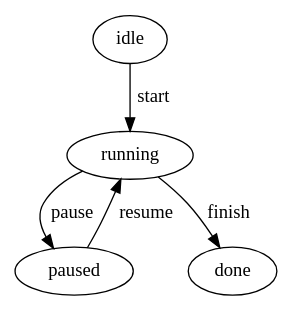
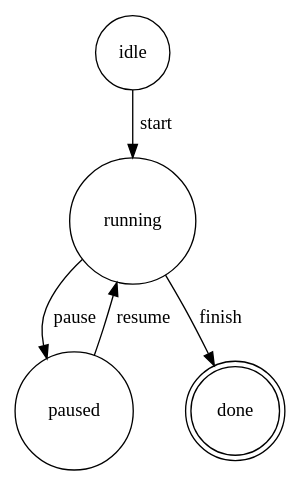
Before and after one commit to xberg-io/test_documents: the diagram in ground_truth/dot/graphviz_states.dot, drawn with Graphviz. The commit also changed 40 other files, not shown here.

First line of the commit message:
feat(diagrams): add vector PDF fixtures and harden geometry variants

```diff
--- a/ground_truth/dot/graphviz_states.dot
+++ b/ground_truth/dot/graphviz_states.dot
@@ -1,10 +1,10 @@
 digraph graphviz_states {
-  "idle" [shape=ellipse fillcolor="#b3de69"];
-  "running" [shape=ellipse fillcolor="#b3de69"];
-  "paused" [shape=ellipse fillcolor="#b3de69"];
-  "done" [shape=ellipse fillcolor="#fb8072"];
+  "idle" [shape=circle fillcolor="#b3de69"];
+  "running" [shape=circle fillcolor="#b3de69"];
+  "paused" [shape=circle fillcolor="#b3de69"];
+  "done" [shape=doublecircle fillcolor="#fb8072"];
   "idle" -> "running" [label="start"];
   "running" -> "paused" [label="pause"];
   "paused" -> "running" [label="resume"];
   "running" -> "done" [label="finish"];
 }
```
